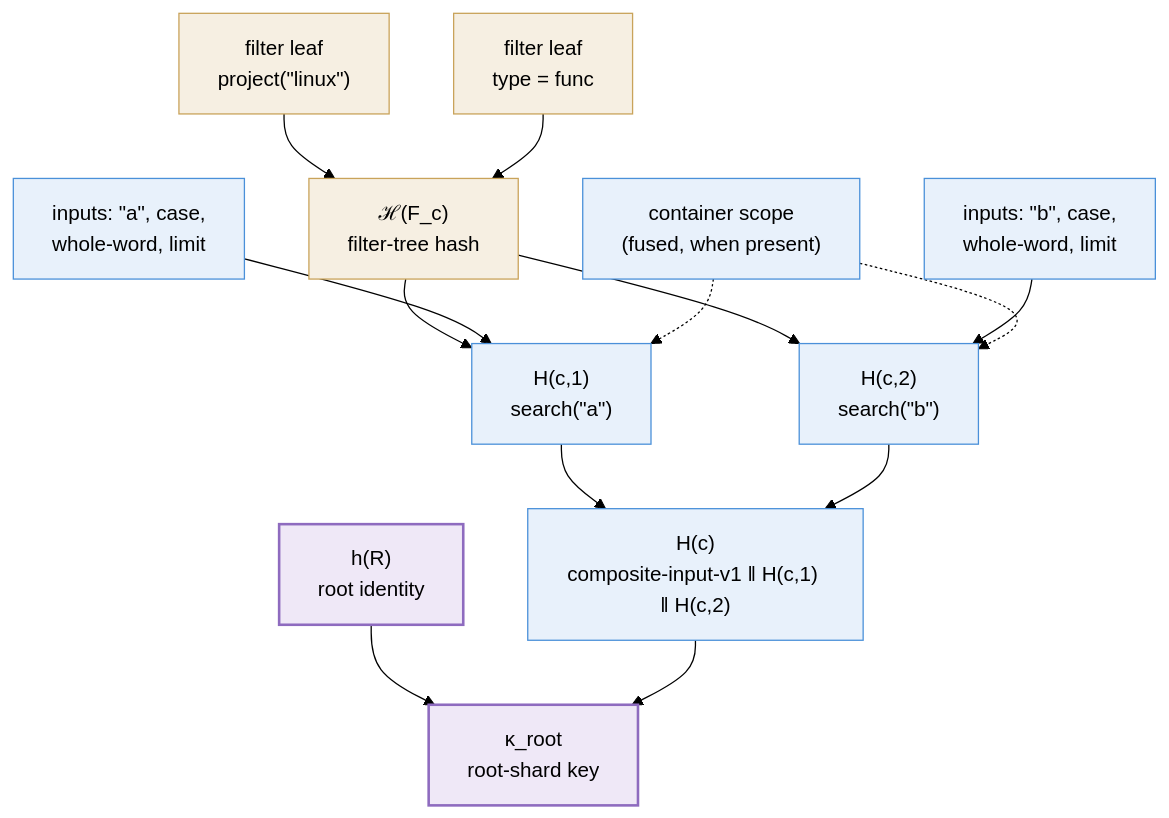
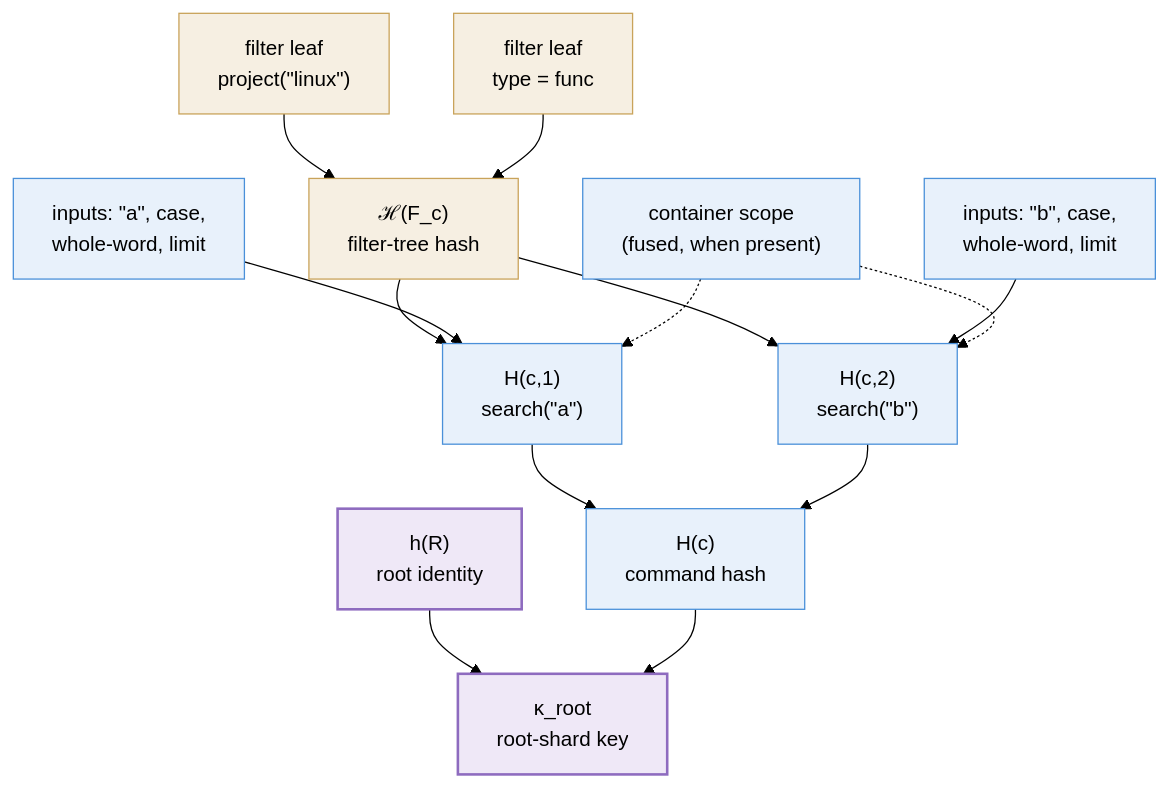
Before and after one commit to codevyr/codevyr.github.io: the diagram in content/docs/design/layer-keys.md, drawn with Mermaid (forest theme). The commit also changed other lines of this file and 1 other file, not shown here.

````diff
--- a/content/docs/design/layer-keys.md
+++ b/content/docs/design/layer-keys.md
@@ -121,22 +137,22 @@
 ```mermaid
 graph TD
     L1["filter leaf<br/>project(&quot;linux&quot;)"] --> F["ℋ(F_c)<br/>filter-tree hash"]
     L2["filter leaf<br/>type = func"] --> F
     F --> H1["H(c,1)<br/>search(&quot;a&quot;)"]
     F --> H2["H(c,2)<br/>search(&quot;b&quot;)"]
     I1["inputs: &quot;a&quot;, case,<br/>whole-word, limit"] --> H1
     I2["inputs: &quot;b&quot;, case,<br/>whole-word, limit"] --> H2
     PS["container scope<br/>(fused, when present)"] -.-> H1
     PS -.-> H2
-    H1 --> HT["H(c)<br/>composite-input-v1 ‖ H(c,1) ‖ H(c,2)"]
+    H1 --> HT["H(c)<br/>command hash"]
     H2 --> HT
     HR["h(R)<br/>root identity"] --> K["κ_root<br/>root-shard key"]
     HT --> K
 
     classDef filt fill:#f6efe2,stroke:#c9a35a;
     classDef verb fill:#e8f1fb,stroke:#4a90d9;
     classDef key fill:#efe8f7,stroke:#8e6bbf,stroke-width:2px;
     class L1,L2,F filt;
     class I1,I2,H1,H2,HT,PS verb;
     class HR,K key;
 ```
````
